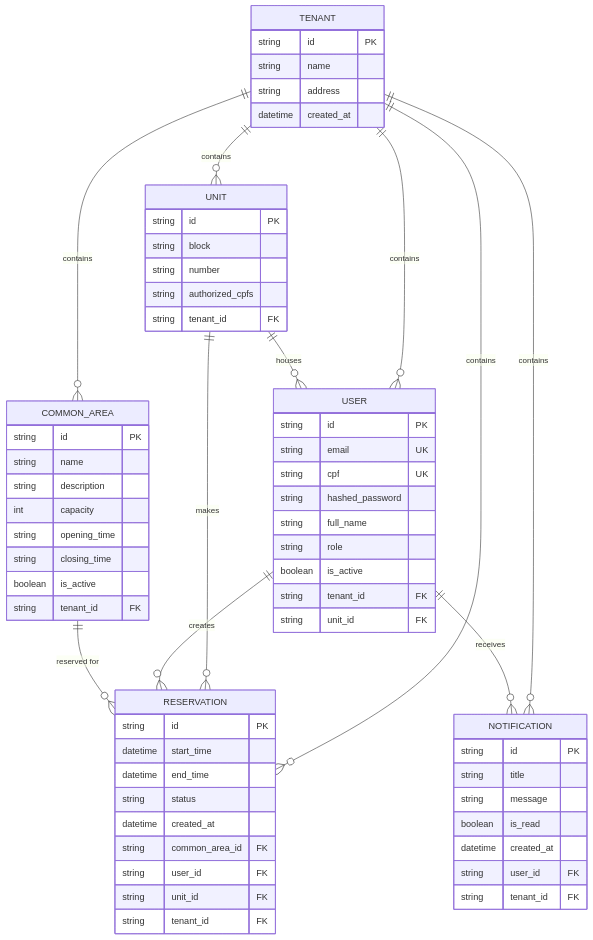
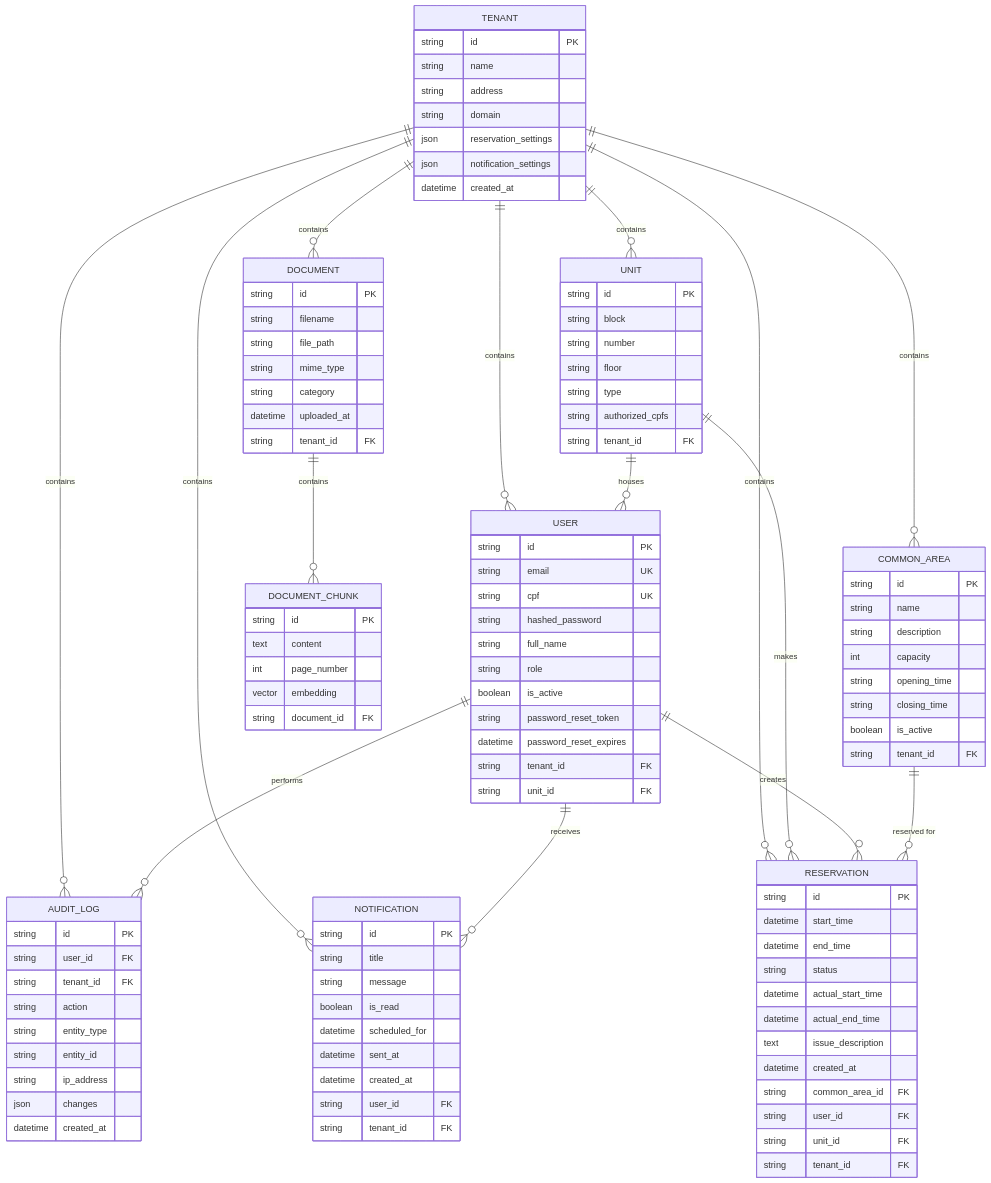
Before and after one commit to fabiofilipe/SindicoAI: the diagram in README.md, drawn with Mermaid. The commit also changed other lines of this file, not shown here.

````diff
--- a/README.md
+++ b/README.md
@@ -247,22 +273,30 @@
     TENANT ||--o{ COMMON_AREA : contains
     TENANT ||--o{ RESERVATION : contains
     TENANT ||--o{ NOTIFICATION : contains
-    
+    TENANT ||--o{ DOCUMENT : contains
+    TENANT ||--o{ AUDIT_LOG : contains
+
     UNIT ||--o{ USER : houses
     UNIT ||--o{ RESERVATION : makes
-    
+
     USER ||--o{ RESERVATION : creates
     USER ||--o{ NOTIFICATION : receives
-    
+    USER ||--o{ AUDIT_LOG : performs
+
     COMMON_AREA ||--o{ RESERVATION : "reserved for"
-    
+
+    DOCUMENT ||--o{ DOCUMENT_CHUNK : contains
+
     TENANT {
         string id PK
         string name
         string address
+        string domain
+        json reservation_settings
+        json notification_settings
         datetime created_at
     }
-    
+
     USER {
         string id PK
         string email UK
@@ -271,18 +305,22 @@
         string full_name
         string role
         boolean is_active
+        string password_reset_token
+        datetime password_reset_expires
         string tenant_id FK
         string unit_id FK
     }
-    
+
     UNIT {
         string id PK
         string block
         string number
+        string floor
+        string type
         string authorized_cpfs
         string tenant_id FK
     }
-    
+
     COMMON_AREA {
         string id PK
         string name
@@ -293,26 +331,61 @@
         boolean is_active
         string tenant_id FK
     }
-    
+
     RESERVATION {
         string id PK
         datetime start_time
         datetime end_time
         string status
+        datetime actual_start_time
+        datetime actual_end_time
+        text issue_description
         datetime created_at
         string common_area_id FK
         string user_id FK
         string unit_id FK
         string tenant_id FK
     }
-    
+
     NOTIFICATION {
         string id PK
         string title
         string message
         boolean is_read
+        datetime scheduled_for
+        datetime sent_at
         datetime created_at
         string user_id FK
         string tenant_id FK
     }
+
+    DOCUMENT {
+        string id PK
+        string filename
+        string file_path
+        string mime_type
+        string category
+        datetime uploaded_at
+        string tenant_id FK
+    }
+
+    DOCUMENT_CHUNK {
+        string id PK
+        text content
+        int page_number
+        vector embedding
+        string document_id FK
+    }
+
+    AUDIT_LOG {
+        string id PK
+        string user_id FK
+        string tenant_id FK
+        string action
+        string entity_type
+        string entity_id
+        string ip_address
+        json changes
+        datetime created_at
+    }
 ```
````
